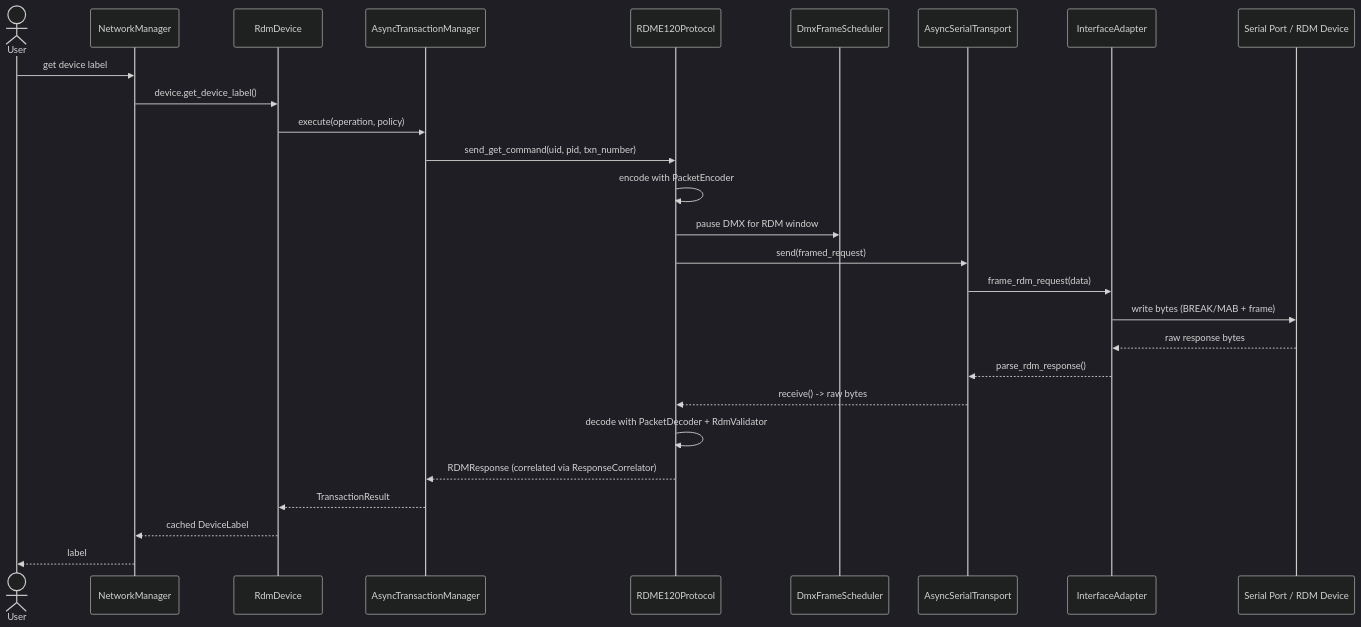
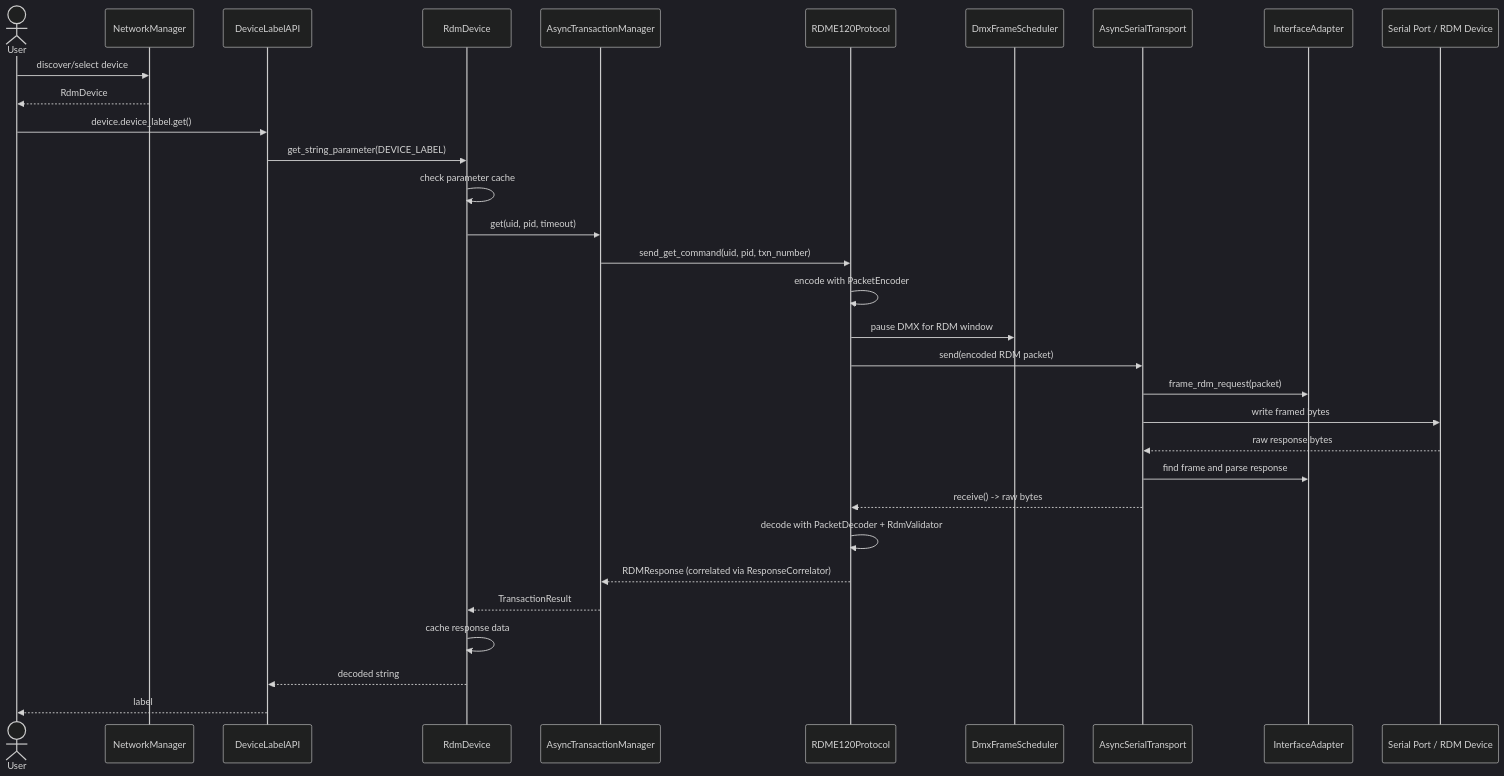
One commit to arvinlobo/rdm-dmx-async changed the second of 2 diagrams in docs/ARCHITECTURE.md. Above: the diagram before and after it, drawn with Mermaid (dark theme). The commit also changed other lines of this file and 1 other file, not shown here.

````diff
--- a/docs/ARCHITECTURE.md
+++ b/docs/ARCHITECTURE.md
@@ -235,30 +287,35 @@
 ```mermaid
 sequenceDiagram
     actor User
     participant App as NetworkManager
+    participant API as DeviceLabelAPI
     participant Svc as RdmDevice
     participant Txn as AsyncTransactionManager
     participant Proto as RDME120Protocol
     participant Sched as DmxFrameScheduler
     participant Trans as AsyncSerialTransport
     participant Adapter as InterfaceAdapter
     participant HW as Serial Port / RDM Device
 
-    User->>App: get device label
-    App->>Svc: device.get_device_label()
-    Svc->>Txn: execute(operation, policy)
+    User->>App: discover/select device
+    App-->>User: RdmDevice
+    User->>API: device.device_label.get()
+    API->>Svc: get_string_parameter(DEVICE_LABEL)
+    Svc->>Svc: check parameter cache
+    Svc->>Txn: get(uid, pid, timeout)
     Txn->>Proto: send_get_command(uid, pid, txn_number)
     Proto->>Proto: encode with PacketEncoder
     Proto->>Sched: pause DMX for RDM window
-    Proto->>Trans: send(framed_request)
-    Trans->>Adapter: frame_rdm_request(data)
-    Adapter->>HW: write bytes (BREAK/MAB + frame)
-    HW-->>Adapter: raw response bytes
-    Adapter-->>Trans: parse_rdm_response()
+    Proto->>Trans: send(encoded RDM packet)
+    Trans->>Adapter: frame_rdm_request(packet)
+    Trans->>HW: write framed bytes
+    HW-->>Trans: raw response bytes
+    Trans->>Adapter: find frame and parse response
     Trans-->>Proto: receive() -> raw bytes
     Proto->>Proto: decode with PacketDecoder + RdmValidator
     Proto-->>Txn: RDMResponse (correlated via ResponseCorrelator)
     Txn-->>Svc: TransactionResult
-    Svc-->>App: cached DeviceLabel
-    App-->>User: label
+    Svc->>Svc: cache response data
+    Svc-->>API: decoded string
+    API-->>User: label
 ```
````
